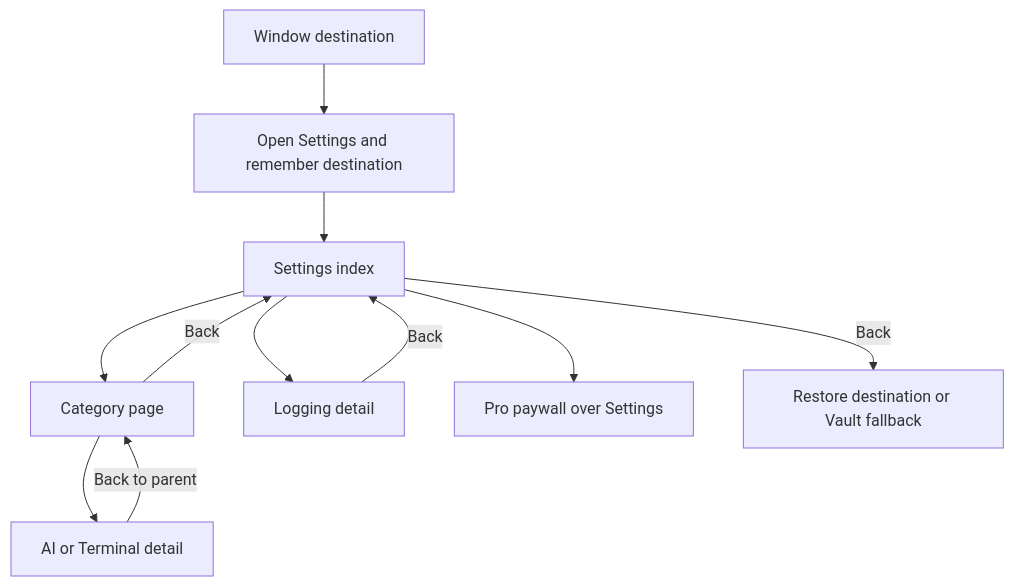
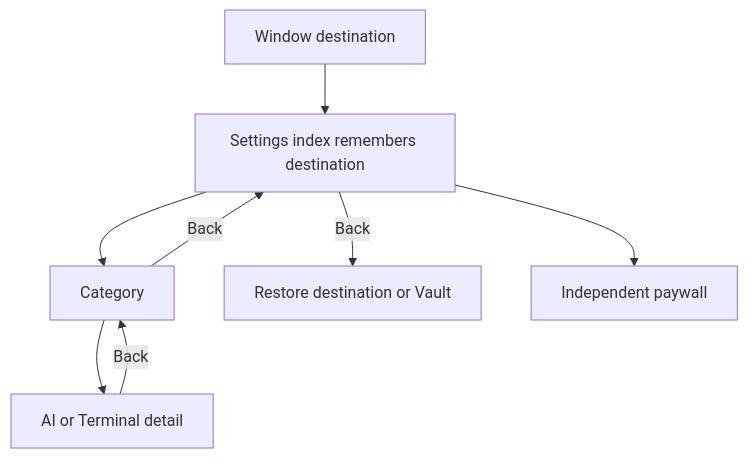
The second of 5 diagrams in openwiki/concepts/ui-design-principles.md (AkinoKaede/Termind), drawn with Mermaid before and after one commit. The commit also changed other lines of this file and 49 other files, not shown here.

````diff
--- a/openwiki/concepts/ui-design-principles.md
+++ b/openwiki/concepts/ui-design-principles.md
@@ -191,13 +171,10 @@
 ```mermaid
 flowchart TD
-    Previous["Window destination"] --> Open["Open Settings and remember destination"]
-    Open --> Index["Settings index"]
-    Index --> Category["Category page"]
-    Index --> Logging["Logging detail"]
-    Index --> Paywall["Pro paywall over Settings"]
-    Category --> Detail["AI or Terminal detail"]
-    Detail -->|Back to parent| Category
-    Logging -->|Back| Index
+    Previous[Window destination] --> Index[Settings index remembers destination]
+    Index --> Category[Category]
+    Category --> Detail[AI or Terminal detail]
+    Detail -->|Back| Category
     Category -->|Back| Index
-    Index -->|Back| Restore["Restore destination or Vault fallback"]
+    Index -->|Back| Restore[Restore destination or Vault]
+    Index --> Paywall[Independent paywall]
 ```
````
